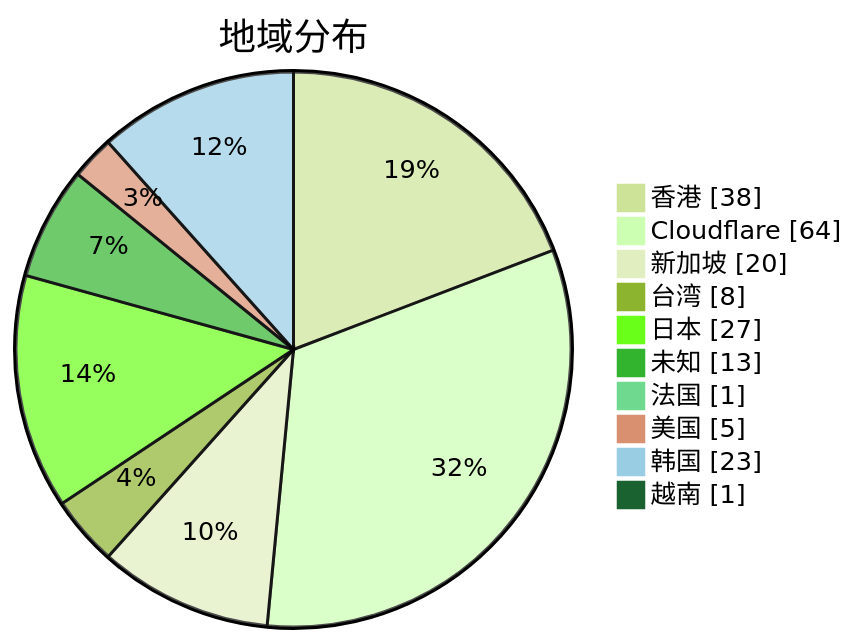
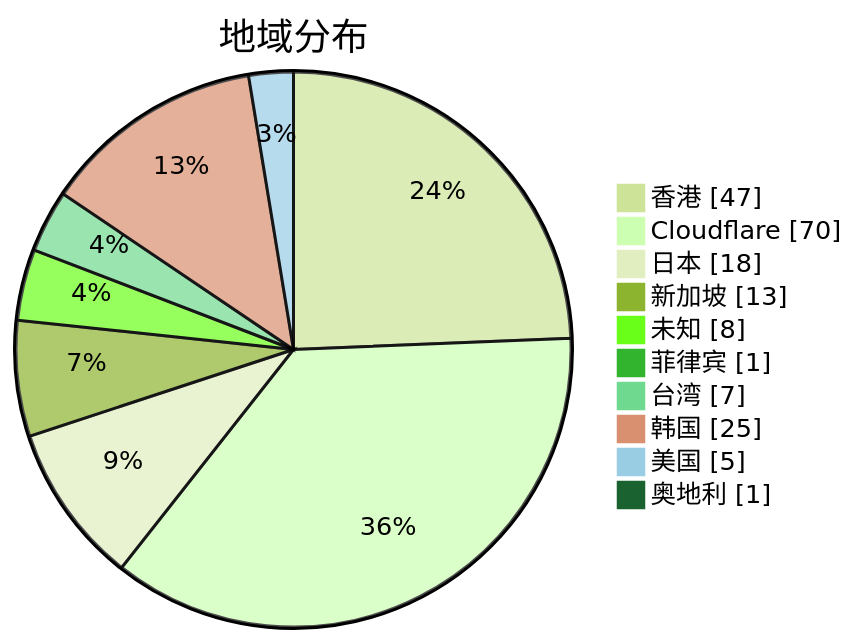
Before and after one commit to qjlxg/airport: the second of 3 diagrams in subs/statistics/tested_within.md, drawn with Mermaid (forest theme). The commit also changed other lines of this file and 2 other files, not shown here.

Commit message:
Tested by metaST

````diff
--- a/subs/statistics/tested_within.md
+++ b/subs/statistics/tested_within.md
@@ -12,14 +11,14 @@
 ```mermaid
 pie showData
 title 地域分布
-"香港" : 38
-"Cloudflare" : 64
-"新加坡" : 20
-"台湾" : 8
-"日本" : 27
-"未知" : 13
-"法国" : 1
+"香港" : 47
+"Cloudflare" : 70
+"日本" : 18
+"新加坡" : 13
+"未知" : 8
+"菲律宾" : 1
+"台湾" : 7
+"韩国" : 25
 "美国" : 5
-"韩国" : 23
-"越南" : 1
+"奥地利" : 1
 ```
````
